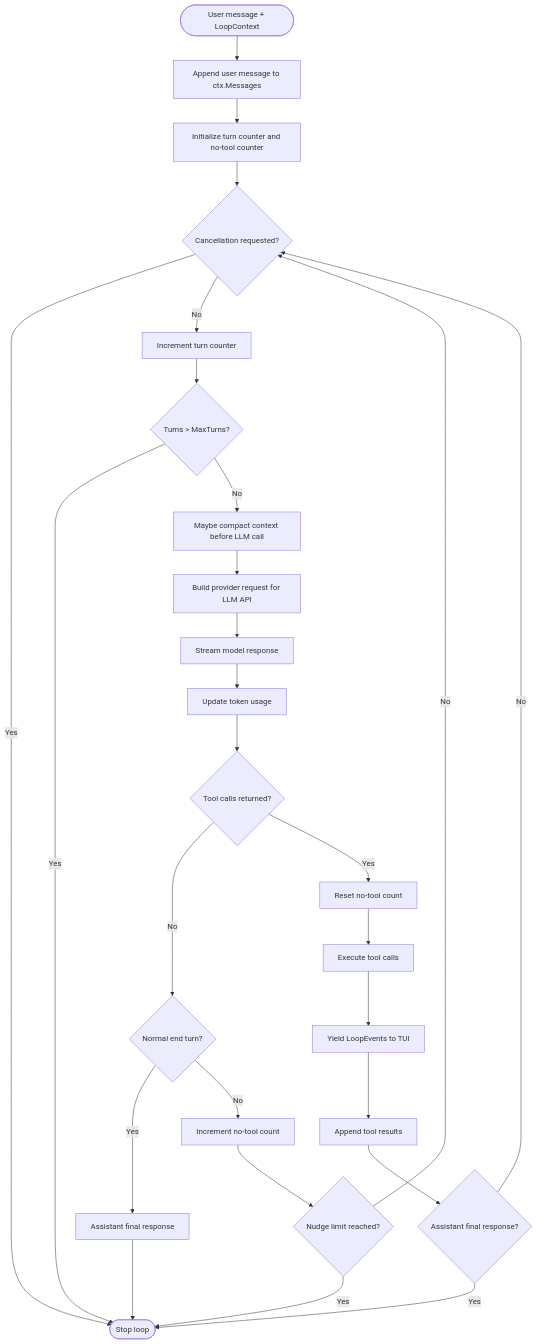
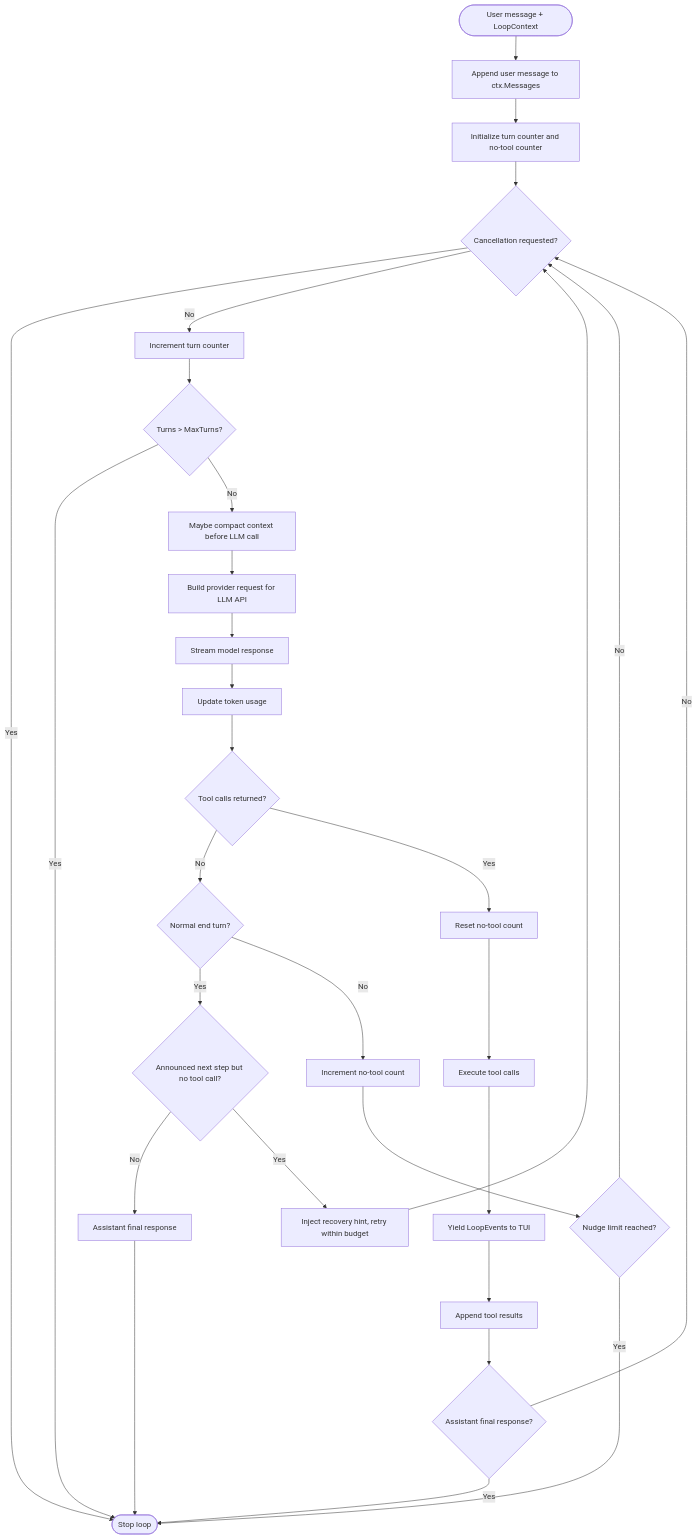
Before and after one commit to loxsmoke/dotsy: the diagram in docs/07-agent-loop.md, drawn with Mermaid. The commit also changed other lines of this file and 20 other files, not shown here.

````diff
--- a/docs/07-agent-loop.md
+++ b/docs/07-agent-loop.md
@@ -18,29 +18,32 @@
 ```mermaid
 flowchart TD
     Start([User message + LoopContext]) --> Append[Append user message to ctx.Messages]
     Append --> Init[Initialize turn counter and no-tool counter]
     Init --> Turn{Cancellation requested?}
     Turn -- Yes --> Stop([Stop loop])
     Turn -- No --> Count[Increment turn counter]
     Count --> Max{Turns > MaxTurns?}
     Max -- Yes --> Stop
     Max -- No --> Compact[Maybe compact context before LLM call]
     Compact --> Build[Build provider request for LLM API]
     Build --> Stream[Stream model response]
     Stream --> Usage[Update token usage]
     Usage --> Tools{Tool calls returned?}
     Tools -- No --> EndTurn{Normal end turn?}
-    EndTurn -- Yes --> Final[Assistant final response]
+    EndTurn -- Yes --> Intent{Announced next step but no tool call?}
+    Intent -- No --> Final[Assistant final response]
+    Intent -- Yes --> AutoCont[Inject recovery hint, retry within budget]
+    AutoCont --> Turn
     EndTurn -- No --> Nudge[Increment no-tool count]
     Nudge --> Limit{Nudge limit reached?}
     Limit -- Yes --> Stop
     Limit -- No --> Turn
     Tools -- Yes --> Reset[Reset no-tool count]
     Reset --> Execute[Execute tool calls]
     Execute --> Events[Yield LoopEvents to TUI]
     Events --> Results[Append tool results]
     Results --> Done{Assistant final response?}
     Done -- Yes --> Stop
     Done -- No --> Turn
     Final --> Stop
 ```
````
